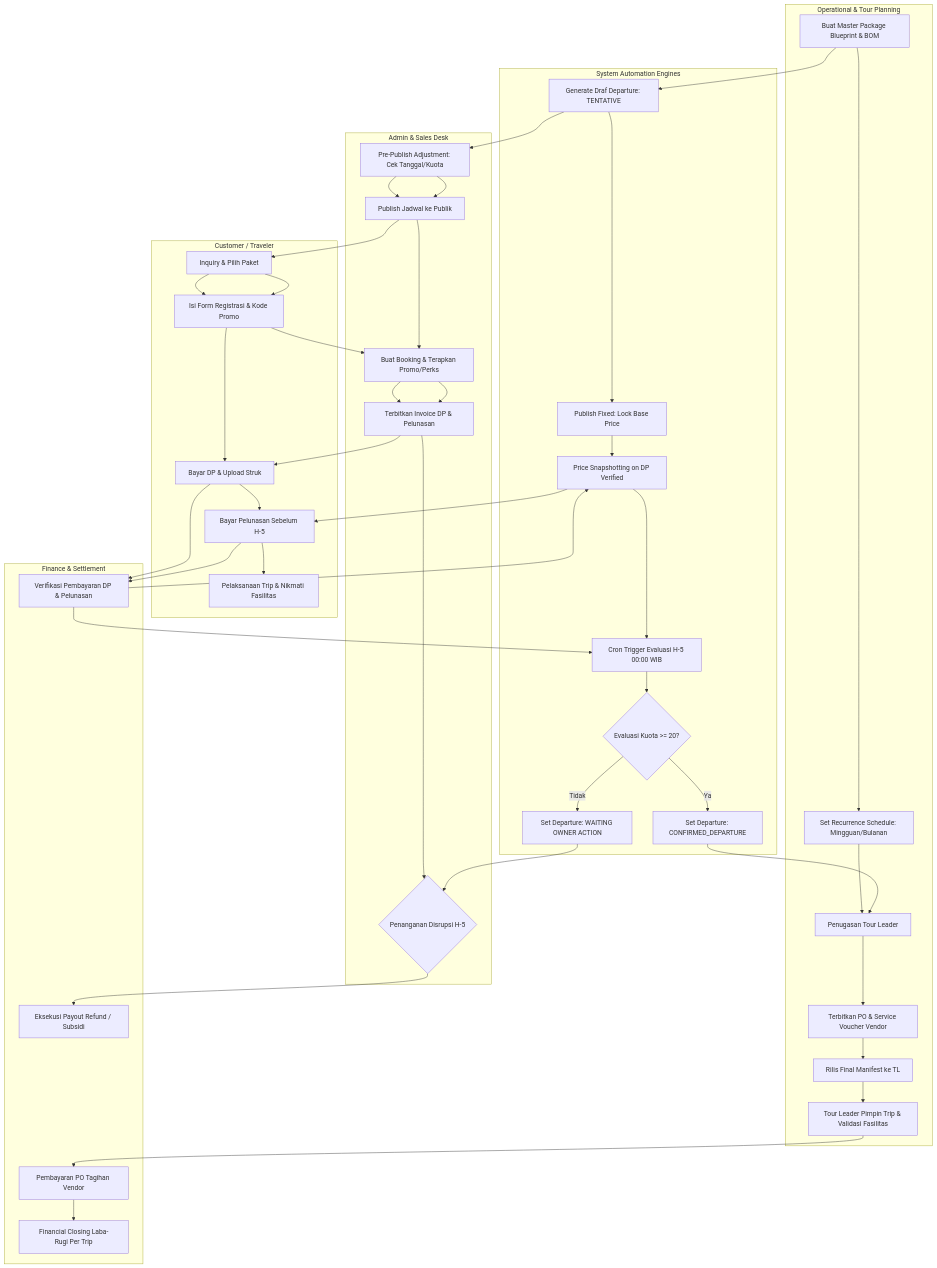
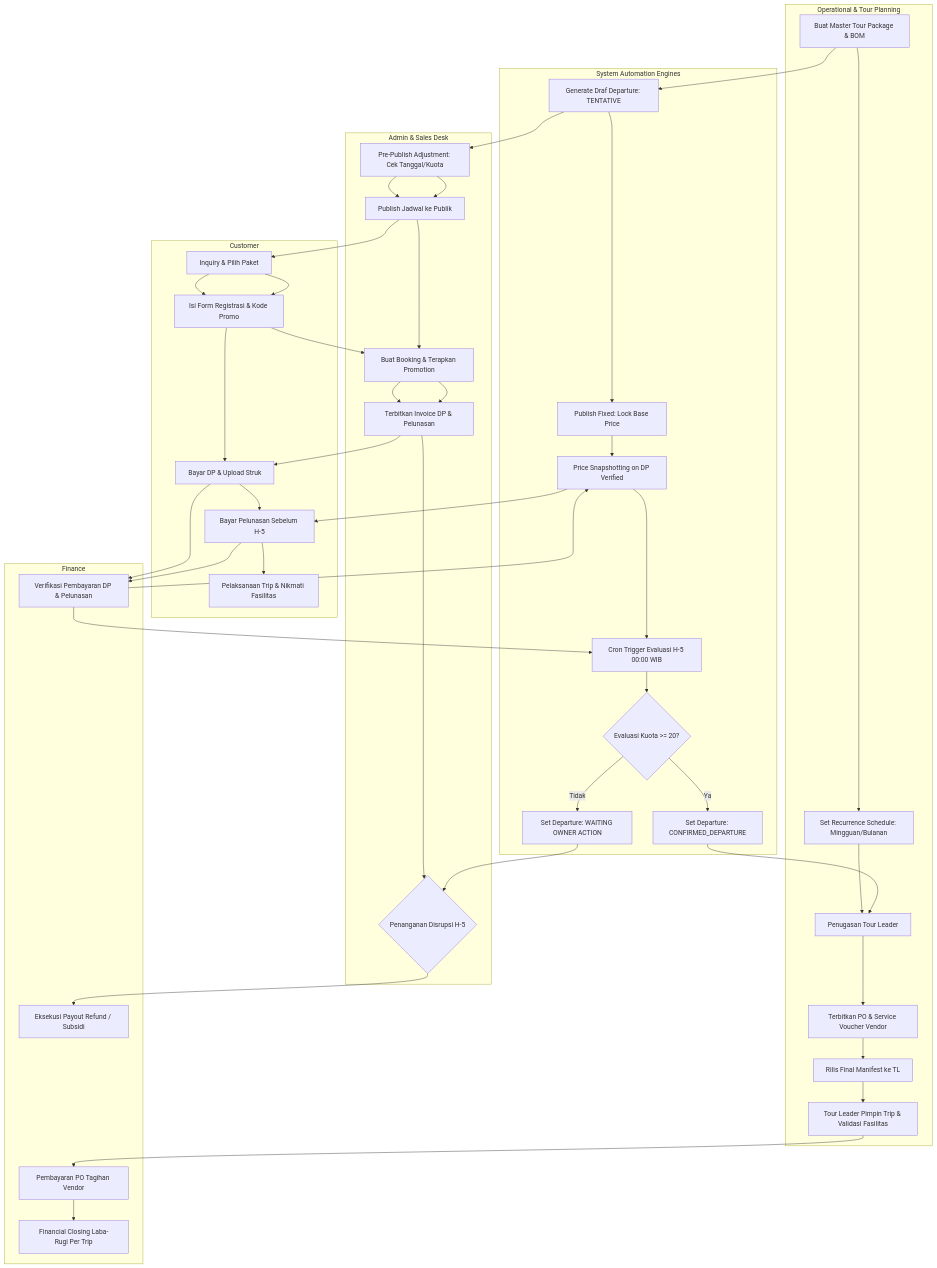
One commit to mfauzanfikri/tms-docs changed the third of 3 diagrams in product/02_BRD.md. Above: the diagram before and after it, drawn with Mermaid. The commit also changed other lines of this file and 2 other files, not shown here.

````diff
--- a/product/02_BRD.md
+++ b/product/02_BRD.md
@@ -256,47 +256,47 @@
 ```mermaid
 flowchart TD
     subgraph Operational["Operational & Tour Planning"]
-        O1[Buat Master Package Blueprint & BOM] --> O2[Set Recurrence Schedule: Mingguan/Bulanan]
+        O1[Buat Master Tour Package & BOM] --> O2[Set Recurrence Schedule: Mingguan/Bulanan]
         O2 --> O3[Penugasan Tour Leader]
         O3 --> O4[Terbitkan PO & Service Voucher Vendor]
         O4 --> O5[Rilis Final Manifest ke TL]
         O5 --> O6[Tour Leader Pimpin Trip & Validasi Fasilitas]
     end
 
     subgraph System["System Automation Engines"]
         S1[Generate Draf Departure: TENTATIVE] --> S2[Publish Fixed: Lock Base Price]
         S2 --> S3[Price Snapshotting on DP Verified]
         S3 --> S4[Cron Trigger Evaluasi H-5 00:00 WIB]
         S4 --> S5{Evaluasi Kuota >= 20?}
         S5 -->|Ya| S6[Set Departure: CONFIRMED_DEPARTURE]
         S5 -->|Tidak| S7[Set Departure: WAITING OWNER ACTION]
     end
 
     subgraph Sales["Admin & Sales Desk"]
         A1[Pre-Publish Adjustment: Cek Tanggal/Kuota] --> A2[Publish Jadwal ke Publik]
-        A2 --> A3[Buat Booking & Terapkan Promo/Perks]
+        A2 --> A3[Buat Booking & Terapkan Promotion]
         A3 --> A4[Terbitkan Invoice DP & Pelunasan]
         A4 --> A5{Penanganan Disrupsi H-5}
     end
 
-    subgraph Customer["Customer / Traveler"]
+    subgraph Customer["Customer"]
         C1[Inquiry & Pilih Paket] --> C2[Isi Form Registrasi & Kode Promo]
         C2 --> C3[Bayar DP & Upload Struk]
         C3 --> C4[Bayar Pelunasan Sebelum H-5]
         C4 --> C5[Pelaksanaan Trip & Nikmati Fasilitas]
     end
 
-    subgraph Finance["Finance & Settlement"]
+    subgraph Finance["Finance"]
         F1[Verifikasi Pembayaran DP & Pelunasan]
         F2[Pembayaran PO Tagihan Vendor]
         F3[Eksekusi Payout Refund / Subsidi]
         F4[Financial Closing Laba-Rugi Per Trip]
     end
 
     O1 --> S1 --> A1 --> A2 --> C1 --> C2 --> A3 --> A4 --> C3 --> F1 --> S3
     S3 --> C4 --> F1 --> S4
     S6[Set Departure: CONFIRMED_DEPARTURE] --> O3
     S7 --> A5
     A5 --> F3
     O6 --> F2 --> F4
 ```
````
